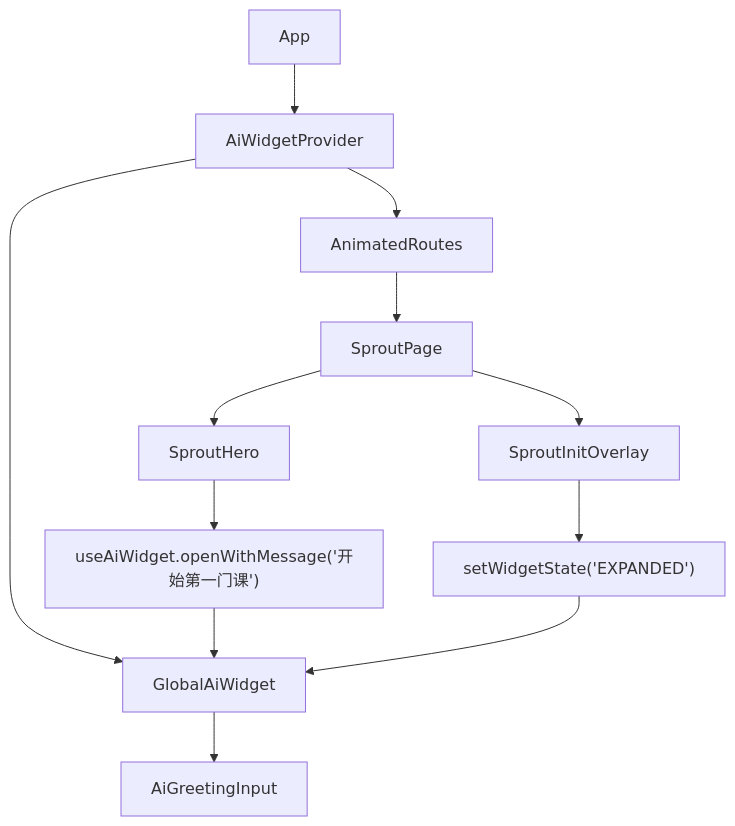
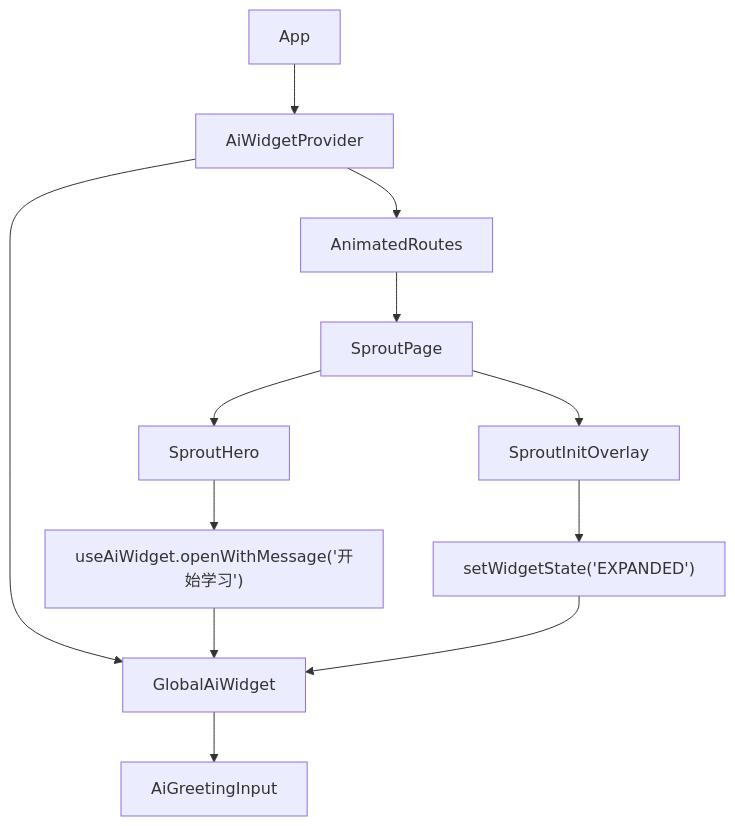
Diagram 14 of 54 in docs/agent逻辑.md (innovationpuls-creator/mutiagent), drawn with Mermaid before and after one commit. The commit also changed other lines of this file and 66 other files, not shown here.

````diff
--- a/docs/agent逻辑.md
+++ b/docs/agent逻辑.md
@@ -364,14 +615,14 @@
 ```mermaid
 graph TD
   A["App"] --> B["AiWidgetProvider"]
   B --> C["AnimatedRoutes"]
   B --> D["GlobalAiWidget"]
   C --> E["SproutPage"]
   E --> F["SproutHero"]
-  F --> G["useAiWidget.openWithMessage('开始第一门课')"]
+  F --> G["useAiWidget.openWithMessage('开始学习')"]
   E --> H["SproutInitOverlay"]
   H --> I["setWidgetState('EXPANDED')"]
   G --> D
   I --> D
   D --> J["AiGreetingInput"]
 ```
````
